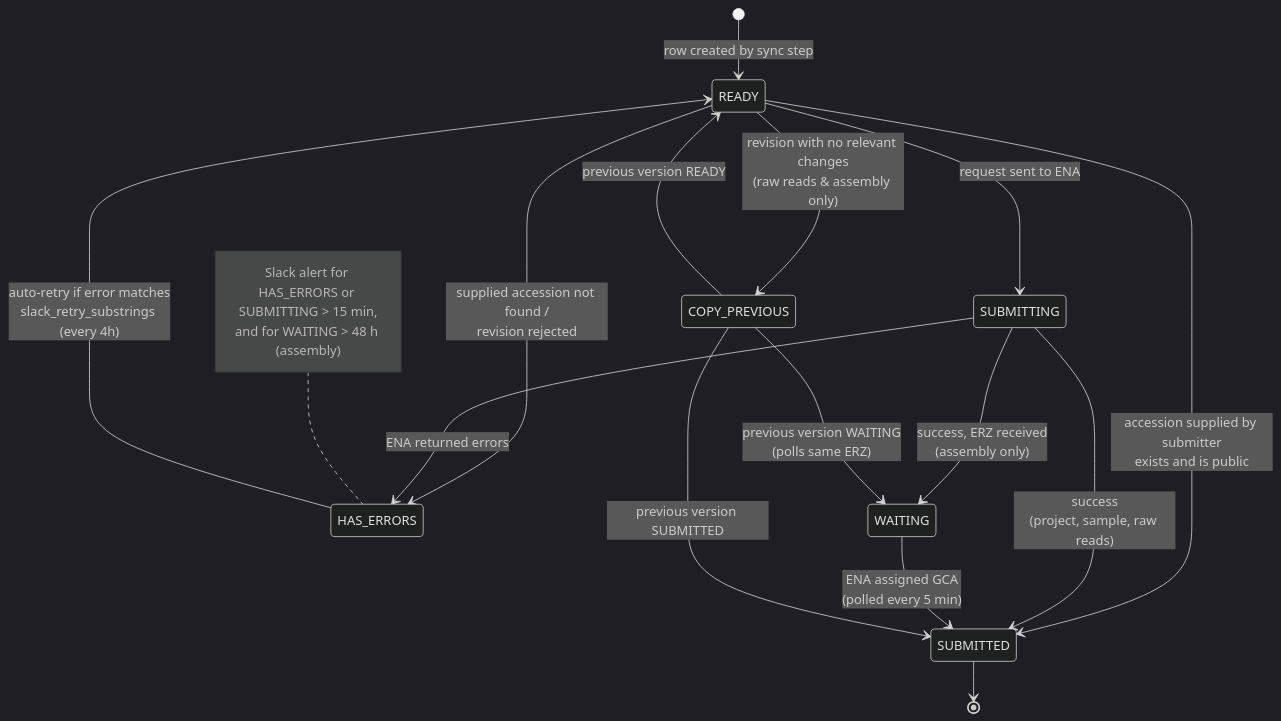
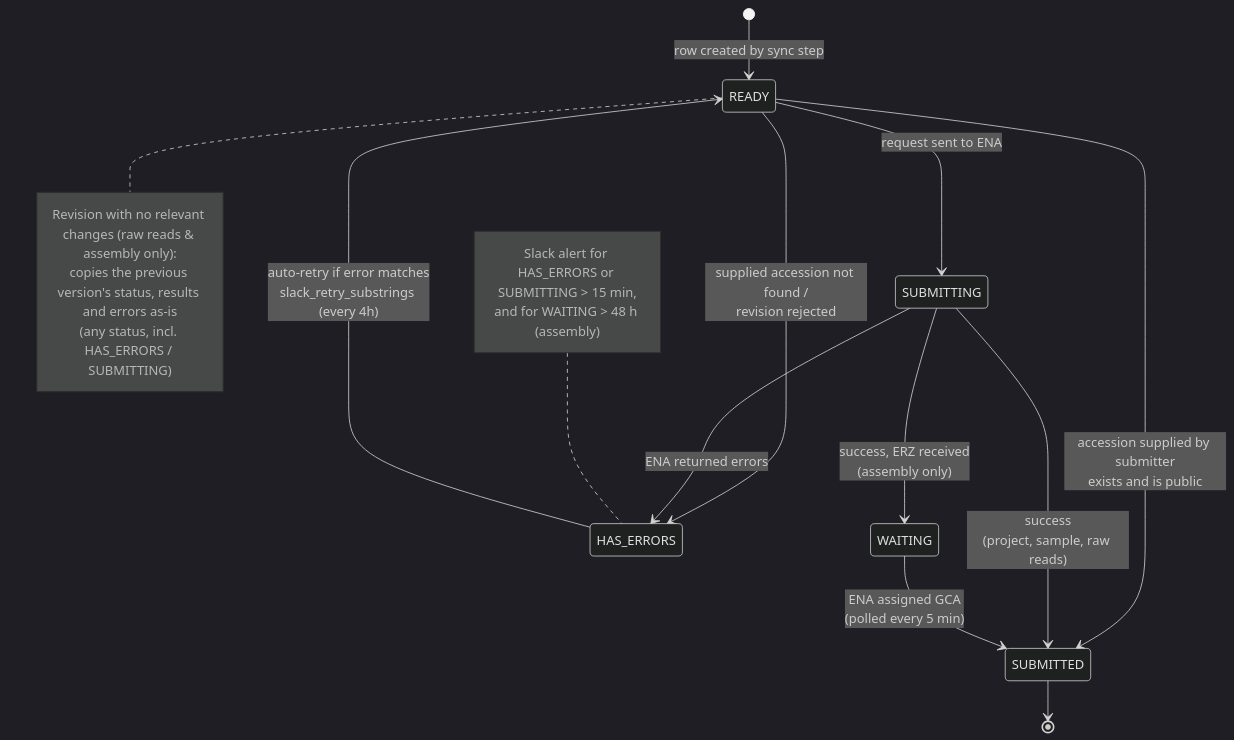
Before and after one commit to loculus-project/loculus: the second of 2 diagrams in ena-submission/README.md, drawn with Mermaid (dark theme). The commit also changed other lines of this file, not shown here.

````diff
--- a/ena-submission/README.md
+++ b/ena-submission/README.md
@@ -59,30 +59,30 @@
 ```mermaid
 stateDiagram-v2
     direction TB
     [*] --> READY: row created by sync step
 
     READY --> SUBMITTED: accession supplied by submitter<br/>exists and is public
     READY --> HAS_ERRORS: supplied accession not found /<br/>revision rejected
-    READY --> COPY_PREVIOUS: revision with no relevant changes<br/>(raw reads & assembly only)
     READY --> SUBMITTING: request sent to ENA
 
     SUBMITTING --> SUBMITTED: success<br/>(project, sample, raw reads)
     SUBMITTING --> WAITING: success, ERZ received<br/>(assembly only)
     SUBMITTING --> HAS_ERRORS: ENA returned errors
 
     WAITING --> SUBMITTED: ENA assigned GCA<br/>(polled every 5 min)
 
     HAS_ERRORS --> READY: auto-retry if error matches<br/>slack_retry_substrings (every 4h)
 
-    state COPY_PREVIOUS <<choice>>
-    COPY_PREVIOUS --> SUBMITTED: previous version SUBMITTED
-    COPY_PREVIOUS --> WAITING: previous version WAITING<br/>(polls same ERZ)
-    COPY_PREVIOUS --> READY: previous version READY
+    SUBMITTED --> [*]
 
-    SUBMITTED --> [*]
+    note right of READY
+        Revision with no relevant changes (raw reads & assembly only):
+        copies the previous version's status, results and errors as-is
+        (any status, incl. HAS_ERRORS / SUBMITTING)
+    end note
 
     note left of HAS_ERRORS
         Slack alert for HAS_ERRORS or SUBMITTING > 15 min,
         and for WAITING > 48 h (assembly)
     end note
 ```
````
